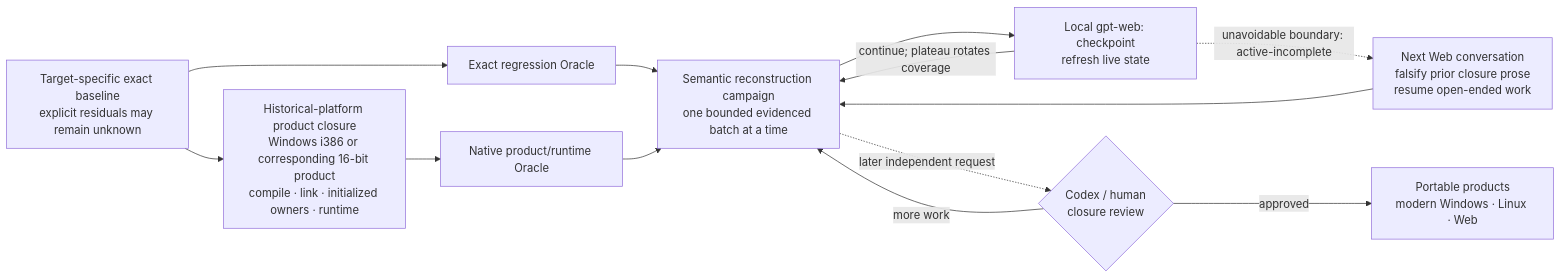
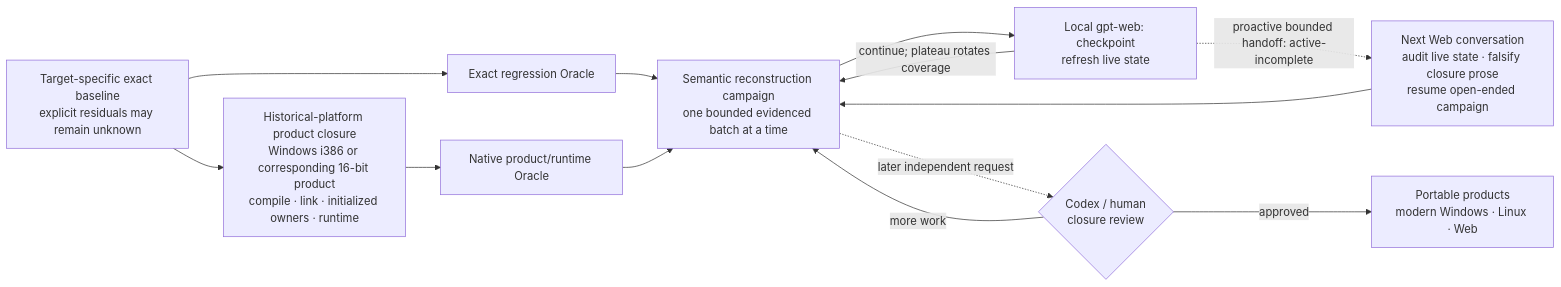
Before and after one commit to N0zoM1z0/touhou-reconstruction-factory: the second of 2 diagrams in README.md, drawn with Mermaid. The commit also changed other lines of this file and 23 other files, not shown here.

````diff
--- a/README.md
+++ b/README.md
@@ -84,15 +84,15 @@
 ```mermaid
 flowchart LR
     X["Target-specific exact baseline<br/>explicit residuals may remain unknown"] --> N["Historical-platform product closure<br/>Windows i386 or corresponding 16-bit product<br/>compile · link · initialized owners · runtime"]
     X --> O1["Exact regression Oracle"]
     N --> O2["Native product/runtime Oracle"]
     O1 --> S["Semantic reconstruction campaign<br/>one bounded evidenced batch at a time"]
     O2 --> S
     S --> K["Local gpt-web: checkpoint<br/>refresh live state"]
     K -->|"continue; plateau rotates coverage"| S
-    K -.->|"unavoidable boundary: active-incomplete"| H["Next Web conversation<br/>falsify prior closure prose<br/>resume open-ended work"]
+    K -.->|"proactive bounded handoff: active-incomplete"| H["Next Web conversation<br/>audit live state · falsify closure prose<br/>resume open-ended campaign"]
     H --> S
     S -.->|"later independent request"| A{"Codex / human<br/>closure review"}
     A -->|"more work"| S
     A -->|"approved"| P["Portable products<br/>modern Windows · Linux · Web"]
 ```
````
